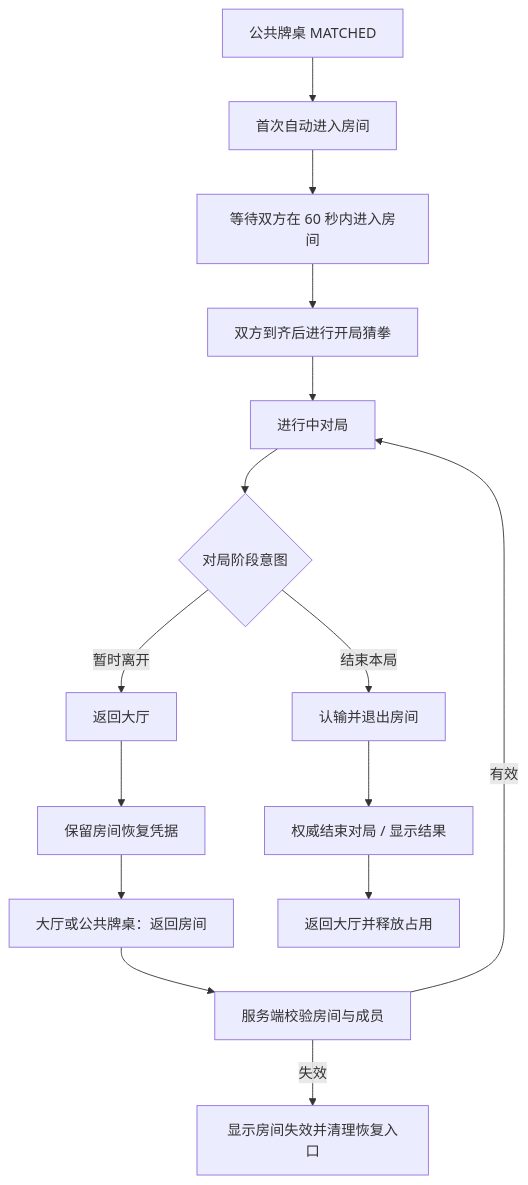
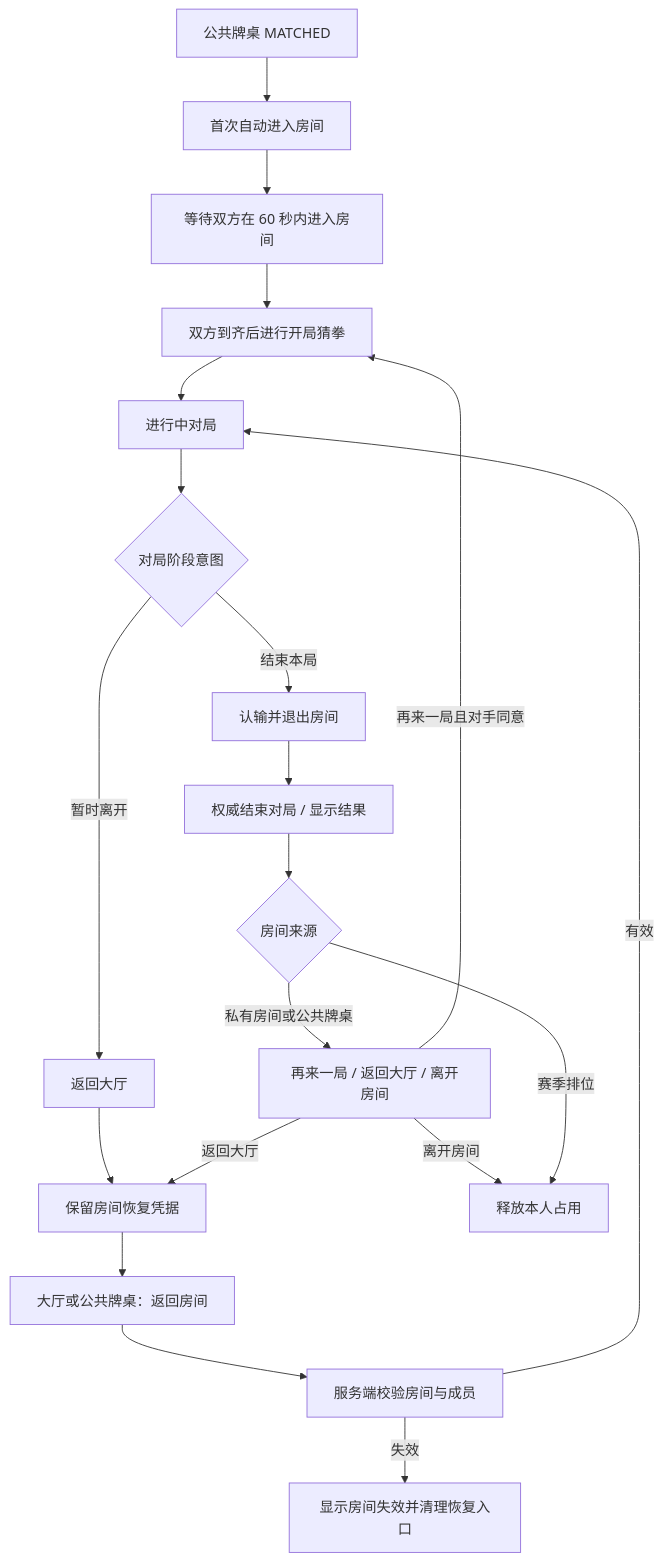
One commit to catmeow123456/loveca-dev changed the diagram in docs/online-mode/room-exit-and-recovery.md. Above: the diagram before and after it, drawn with Mermaid. The commit also changed other lines of this file and 8 other files, not shown here.

````diff
--- a/docs/online-mode/room-exit-and-recovery.md
+++ b/docs/online-mode/room-exit-and-recovery.md
@@ -149,17 +152,22 @@
 ```mermaid
 flowchart TD
     Matched[公共牌桌 MATCHED] --> Auto[首次自动进入房间]
     Auto --> Arrival[等待双方在 60 秒内进入房间]
     Arrival --> Opening[双方到齐后进行开局猜拳]
     Opening --> Match[进行中对局]
     Match --> MatchIntent{对局阶段意图}
     MatchIntent -->|暂时离开| Home[返回大厅]
     Home --> Keep[保留房间恢复凭据]
     Keep --> Resume[大厅或公共牌桌：返回房间]
     Resume --> Validate[服务端校验房间与成员]
     Validate -->|有效| Match
     Validate -->|失效| Error[显示房间失效并清理恢复入口]
     MatchIntent -->|结束本局| Surrender[认输并退出房间]
     Surrender --> Ended[权威结束对局 / 显示结果]
-    Ended --> LeaveEnded[返回大厅并释放占用]
+    Ended --> Origin{房间来源}
+    Origin -->|私有房间或公共牌桌| ReplayableChoice[再来一局 / 返回大厅 / 离开房间]
+    ReplayableChoice -->|再来一局且对手同意| Opening
+    ReplayableChoice -->|返回大厅| Keep
+    ReplayableChoice -->|离开房间| LeaveEnded[释放本人占用]
+    Origin -->|赛季排位| LeaveEnded
 ```
````
